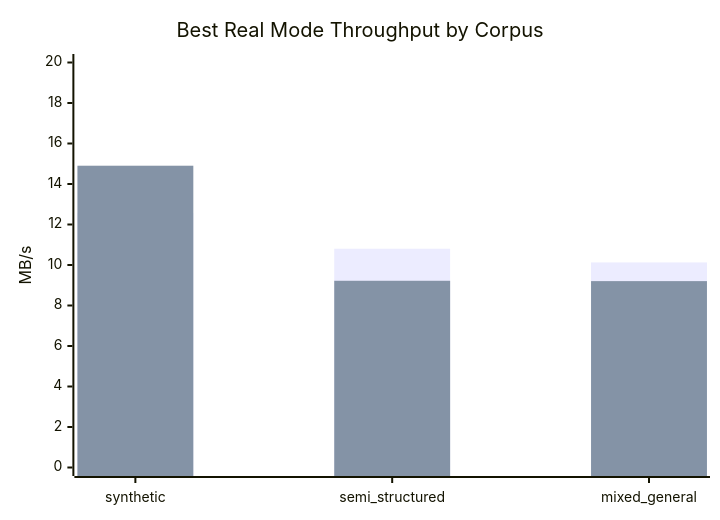
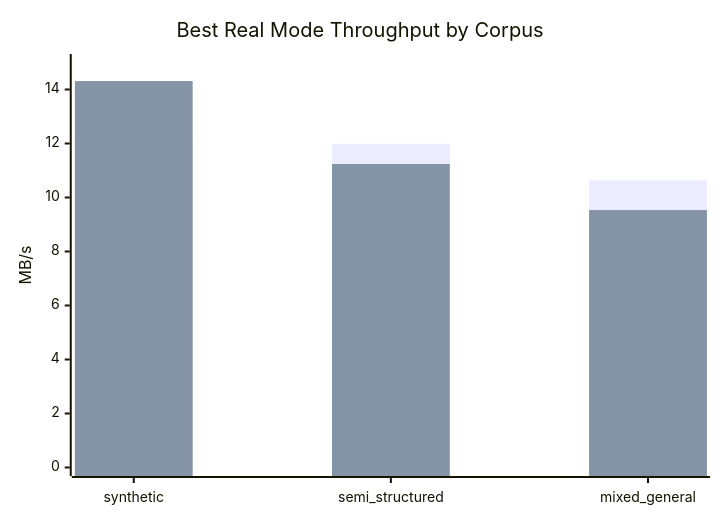
One commit to scruff2/Cube_Compression changed the third of 3 diagrams in reports/zip_competition_results.md. Above: the diagram before and after it, drawn with Mermaid. The commit also changed other lines of this file and 26 other files, not shown here.

````diff
--- a/reports/zip_competition_results.md
+++ b/reports/zip_competition_results.md
@@ -69,8 +70,8 @@
 ```mermaid
 xychart-beta
     title "Best Real Mode Throughput by Corpus"
     x-axis [synthetic, semi_structured, mixed_general]
-    y-axis "MB/s" 0 --> 20
-    bar [12.564, 10.804, 10.128]
-    bar [14.903, 9.221, 9.204]
+    y-axis "MB/s" 0 --> 15
+    bar [12.162, 11.990, 10.638]
+    bar [14.312, 11.239, 9.534]
 ```
````
